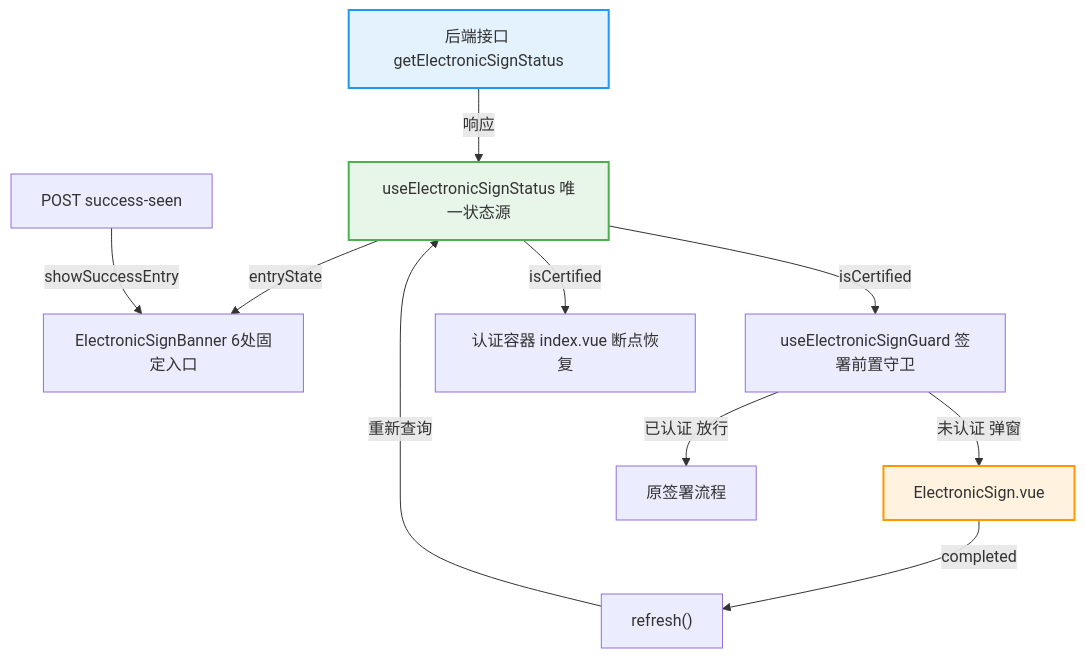
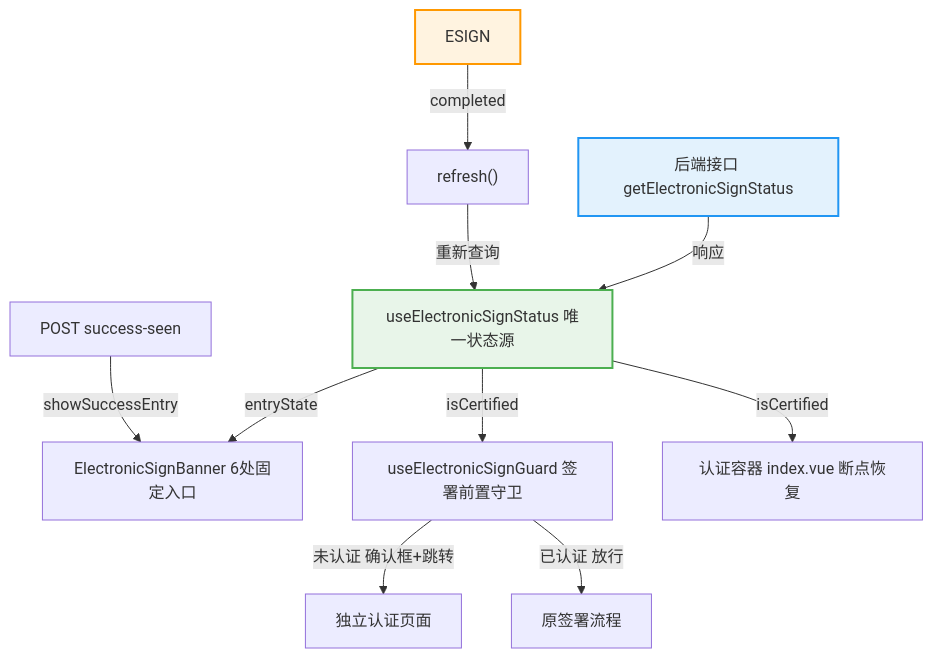
Before and after one commit to yugong8898/.md: the third of 3 diagrams in 需求/进行中/REQ-195/阶段2-技术方案-REQ-195.md, drawn with Mermaid. The commit also changed other lines of this file and 5 other files, not shown here.

````diff
--- a/需求/进行中/REQ-195/阶段2-技术方案-REQ-195.md
+++ b/需求/进行中/REQ-195/阶段2-技术方案-REQ-195.md
@@ -102,20 +101,20 @@
 ```mermaid
 flowchart TD
     BACKEND["后端接口 getElectronicSignStatus"] -->|响应| STATUS["useElectronicSignStatus 唯一状态源"]
 
     STATUS -->|entryState| BANNER["ElectronicSignBanner 6处固定入口"]
     STATUS -->|isCertified| GUARD["useElectronicSignGuard 签署前置守卫"]
     STATUS -->|isCertified| CERT_CONTAINER["认证容器 index.vue 断点恢复"]
 
-    GUARD -->|未认证 弹窗| ESIGN["ElectronicSign.vue"]
+    GUARD -->|未认证 确认框+跳转| ESIGN_PAGE2["独立认证页面"]
     GUARD -->|已认证 放行| SIGN_FLOW["原签署流程"]
 
     ESIGN -->|completed| REFRESH["refresh()"]
     REFRESH -->|重新查询| STATUS
 
     SUCCESS_SEEN["POST success-seen"] -->|showSuccessEntry| BANNER
 
     style STATUS fill:#e8f5e9,stroke:#4caf50,stroke-width:2px
     style ESIGN fill:#fff3e0,stroke:#ff9800,stroke-width:2px
     style BACKEND fill:#e3f2fd,stroke:#2196f3,stroke-width:2px
 ```
````
